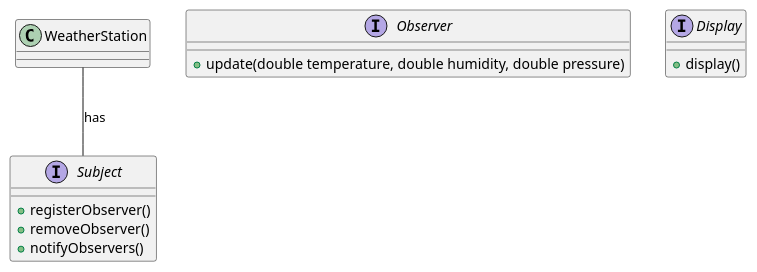
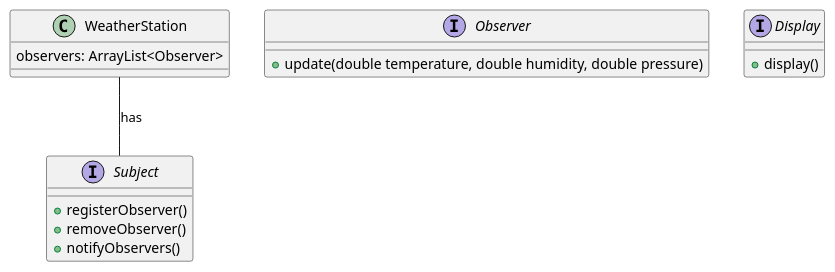
One commit to bburciaga/DesignPatterns changed the diagram in ObserverPattern/class_diagram.puml. Above: the diagram before and after it, drawn with PlantUML.

Commit message:
updated uml

```diff
--- a/ObserverPattern/class_diagram.puml
+++ b/ObserverPattern/class_diagram.puml
@@ -1,23 +1,23 @@
 @startuml
 
 interface Subject {
   + registerObserver()
   + removeObserver()
   + notifyObservers()
 }
 
 interface Observer {
   + update(double temperature, double humidity, double pressure)
 }
 
 interface Display {
   + display()
 }
 
 class WeatherStation {
-
+  observers: ArrayList<Observer>
 }
 
 WeatherStation -- Subject : has
 
 @enduml
```
